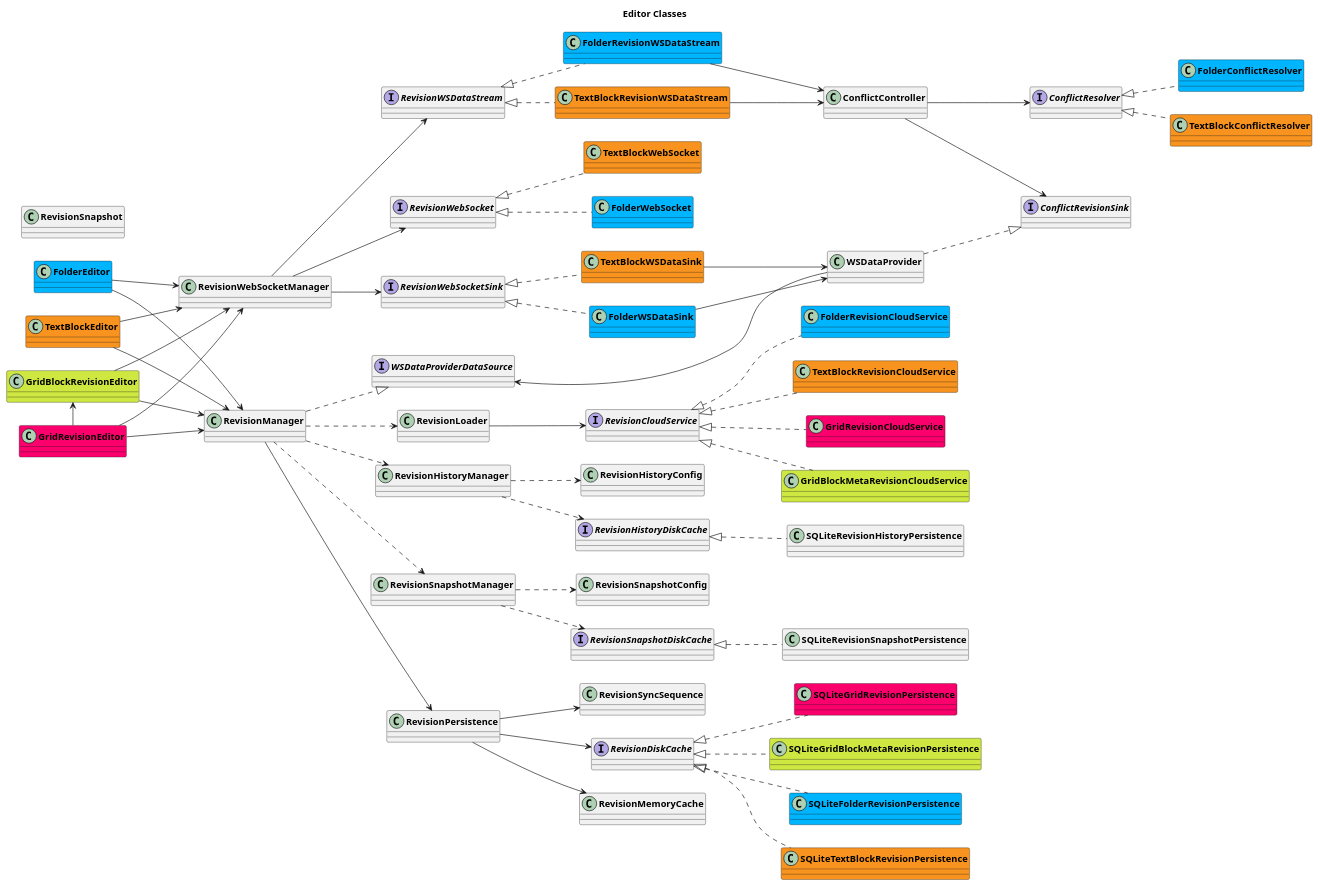
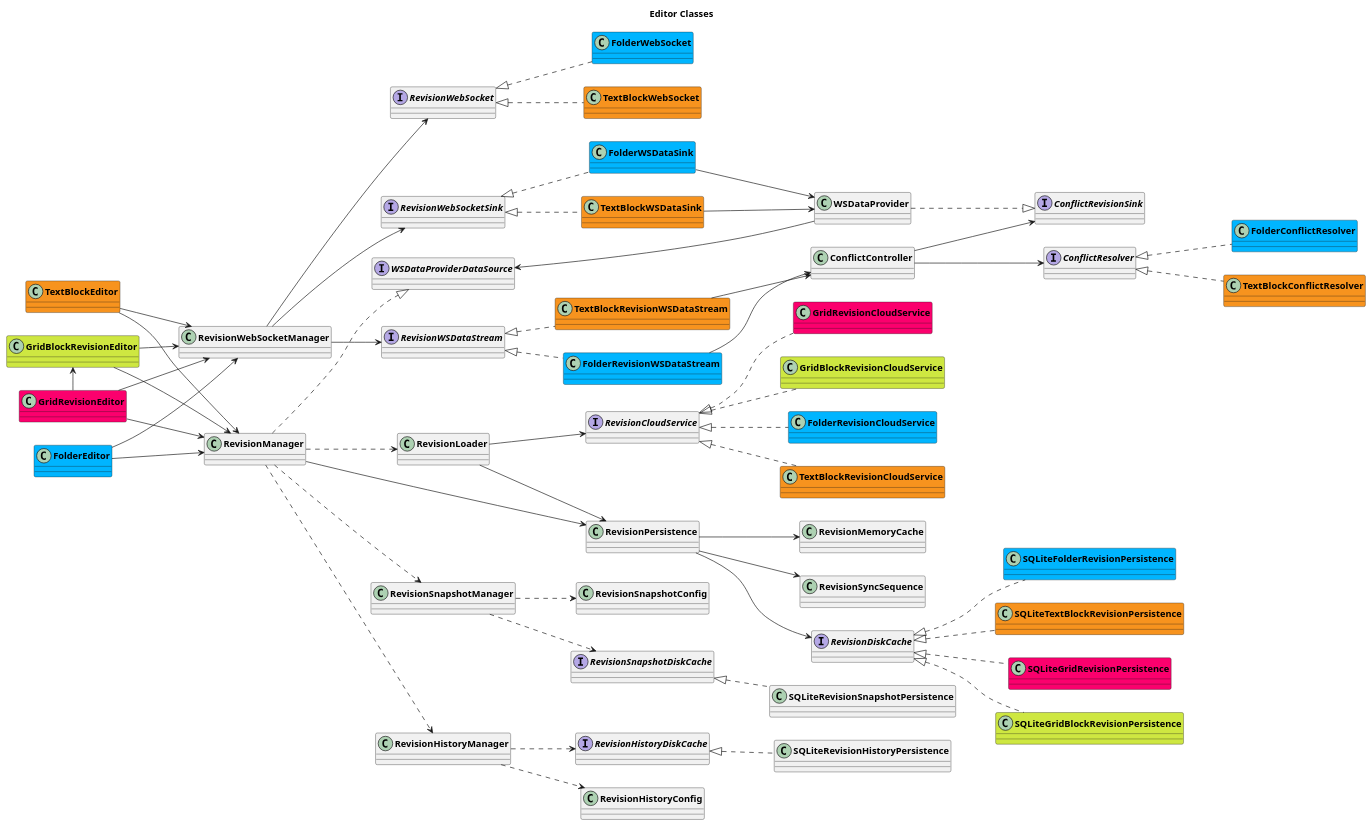
The first of 2 diagrams in uml/rust_classes/revision_classes.plantuml (AppFlowy-IO/AppFlowy-Docs), drawn with PlantUML before and after one commit. The commit also changed 3 other files, not shown here.

```diff
--- a/uml/rust_classes/revision_classes.plantuml
+++ b/uml/rust_classes/revision_classes.plantuml
@@ -2,152 +2,151 @@
 @startuml AppFlowy
 title Editor Classes
 skinparam classFontStyle Bold
 
 left to right direction
 
 'Revision
 '    classes
     class RevisionManager {}
     class RevisionWebSocketManager {}
     class RevisionPersistence {}
     class RevisionMemoryCache {}
     class RevisionSyncSequence {}
 
 
 '    interface
     interface RevisionWebSocket {}
     interface RevisionCloudService {}
     interface RevisionWebSocketSink {}
     interface RevisionWSDataStream {}
     interface RevisionDiskCache {}
 
 '    interface impl
     RevisionManager ..|> WSDataProviderDataSource
 
 '   websocket
     RevisionWebSocketManager --> RevisionWebSocketSink
     RevisionWebSocketManager --> RevisionWSDataStream
     RevisionWebSocketManager --> RevisionWebSocket
 
 '   deps
     RevisionManager ..> RevisionLoader
     RevisionLoader --> RevisionCloudService
+    RevisionLoader -->RevisionPersistence
     RevisionManager --> RevisionPersistence
     RevisionPersistence -d-> RevisionDiskCache
     RevisionPersistence -d-> RevisionMemoryCache
     RevisionPersistence -d-> RevisionSyncSequence
 
 'Folder
 '    classes
     class FolderEditor #00B5FF {}
     class FolderWSDataSink #00B5FF {}
     class FolderWebSocket #00B5FF {}
     class FolderRevisionWSDataStream #00B5FF {}
     class FolderConflictResolver #00B5FF {}
     class FolderRevisionCloudService #00B5FF
     class SQLiteFolderRevisionPersistence #00B5FF  {}
 
 '   interface impl
     SQLiteFolderRevisionPersistence .u.|> RevisionDiskCache
     FolderConflictResolver .u.|> ConflictResolver
 
 '    websocket
     FolderRevisionWSDataStream .U.|> RevisionWSDataStream
     FolderRevisionWSDataStream --> ConflictController
     FolderWebSocket .u.|> RevisionWebSocket
     FolderWSDataSink .u.|> RevisionWebSocketSink
     FolderWSDataSink --> WSDataProvider
 
 '   deps
     FolderEditor --> RevisionManager
     FolderEditor --> RevisionWebSocketManager
     FolderRevisionCloudService .u.|> RevisionCloudService
 
 'TextBlock
 '   classes
     class TextBlockEditor #F7931E {}
     class TextBlockWSDataSink #F7931E {}
     class TextBlockWebSocket #F7931E {}
     class TextBlockRevisionWSDataStream #F7931E {}
     class TextBlockConflictResolver #F7931E {}
     class TextBlockRevisionCloudService #F7931E
     class SQLiteTextBlockRevisionPersistence #F7931E {}
 
 '   interface impl
     SQLiteTextBlockRevisionPersistence .u.|> RevisionDiskCache
     TextBlockConflictResolver .u.|> ConflictResolver
 
 '    websocket
     TextBlockRevisionWSDataStream .u.|> RevisionWSDataStream
     TextBlockRevisionWSDataStream --> ConflictController
     TextBlockWebSocket .u.|> RevisionWebSocket
     TextBlockWSDataSink .u.|> RevisionWebSocketSink
     TextBlockWSDataSink --> WSDataProvider
 
 '   deps
     TextBlockEditor --> RevisionManager
     TextBlockEditor --> RevisionWebSocketManager
     TextBlockRevisionCloudService .u.|> RevisionCloudService
 
 'Grid
 '   classes
     class GridRevisionEditor #FB006D
     class GridBlockRevisionEditor #CEE741
     class GridRevisionCloudService #FB006D
-    class GridBlockMetaRevisionCloudService #CEE741
+    class GridBlockRevisionCloudService #CEE741
     class SQLiteGridRevisionPersistence #FB006D {}
-    class SQLiteGridBlockMetaRevisionPersistence #CEE741 {}
+    class SQLiteGridBlockRevisionPersistence #CEE741 {}
 
 '   interface impl
     SQLiteGridRevisionPersistence .u.|> RevisionDiskCache
-    SQLiteGridBlockMetaRevisionPersistence .u.|> RevisionDiskCache
+    SQLiteGridBlockRevisionPersistence .u.|> RevisionDiskCache
 
 '   deps
     GridRevisionEditor --> RevisionManager
     GridRevisionEditor --> RevisionWebSocketManager
     GridRevisionEditor -l-> GridBlockRevisionEditor
     GridBlockRevisionEditor --> RevisionManager
     GridBlockRevisionEditor --> RevisionWebSocketManager
     GridRevisionCloudService .u.|> RevisionCloudService
-    GridBlockMetaRevisionCloudService .u.|> RevisionCloudService
+    GridBlockRevisionCloudService .u.|> RevisionCloudService
 
 
 'History
 '   classes
     class RevisionHistoryManager {}
 
 '   interface
     interface RevisionHistoryDiskCache {}
 
 '   interface impl
     SQLiteRevisionHistoryPersistence .u.|> RevisionHistoryDiskCache
 
 '   deps
     RevisionManager ..> RevisionHistoryManager
     RevisionHistoryManager ..> RevisionHistoryConfig
     RevisionHistoryManager ..> RevisionHistoryDiskCache
 
 'Snapshot
-'   classes
-    class RevisionSnapshot {}
 '   interface
     interface RevisionSnapshotDiskCache {}
 
 '   interface impl
     SQLiteRevisionSnapshotPersistence .u.|> RevisionSnapshotDiskCache
 
 '   deps
     RevisionManager ..> RevisionSnapshotManager
     RevisionSnapshotManager ..> RevisionSnapshotConfig
     RevisionSnapshotManager ..> RevisionSnapshotDiskCache
 
 
 interface ConflictResolver {}
 interface ConflictRevisionSink {}
 interface WSDataProviderDataSource {}
 ConflictController --> ConflictResolver
 ConflictController --> ConflictRevisionSink
 
 WSDataProvider ..|> ConflictRevisionSink
 WSDataProvider -l-> WSDataProviderDataSource
 @enduml
```
